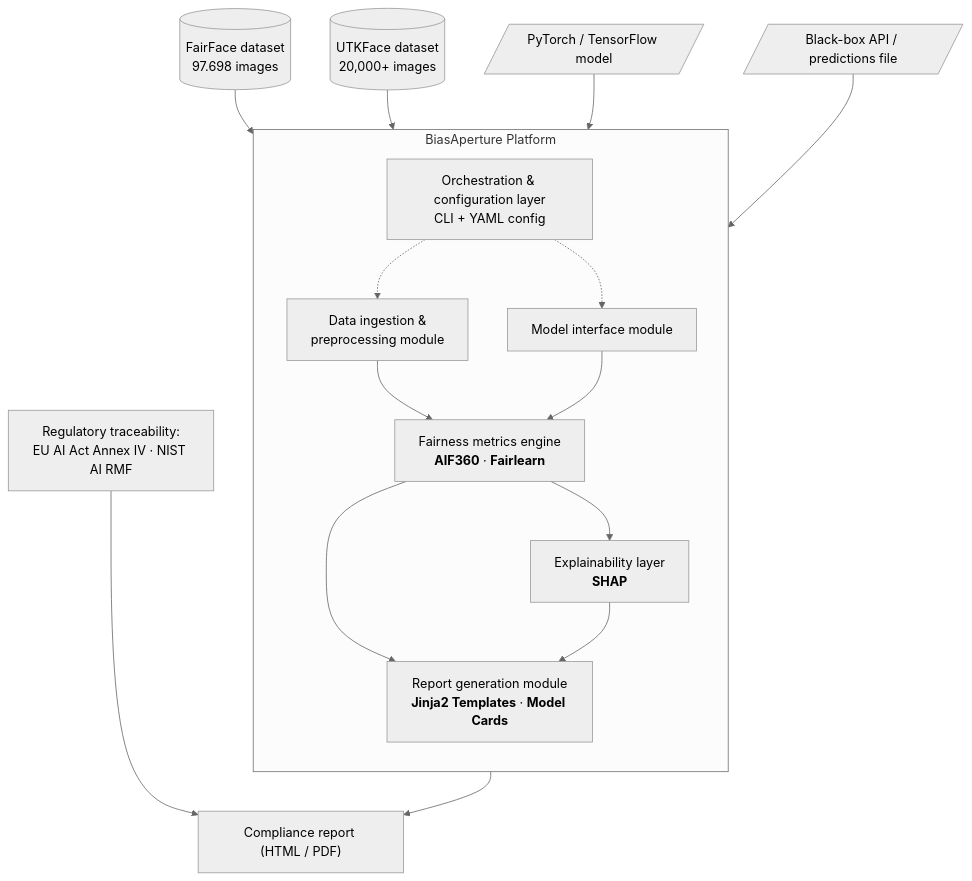
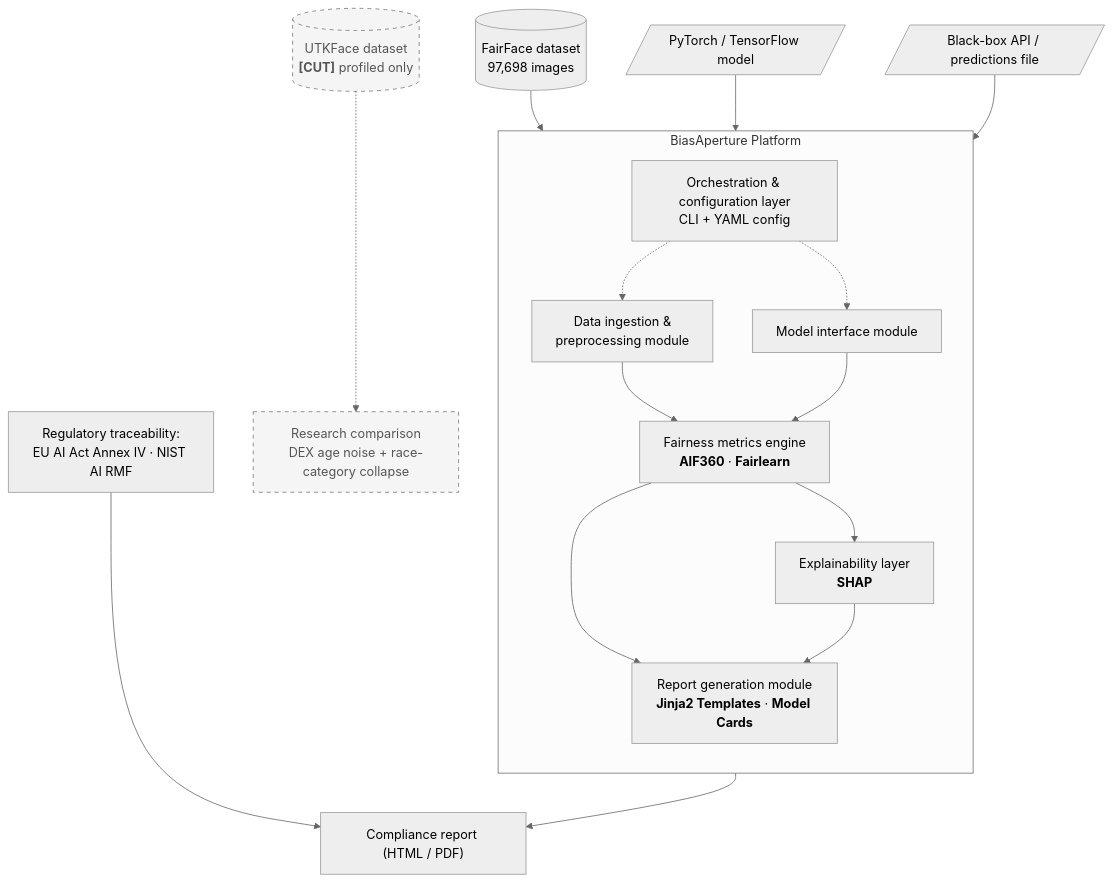
Before and after one commit to Aaradhya-Dev-Tamrakar/BiasAperture: the diagram in README.md, drawn with Mermaid (neutral theme). The commit also changed other lines of this file and 34 other files, not shown here.

````diff
--- a/README.md
+++ b/README.md
@@ -18,33 +18,37 @@
 ```mermaid
 flowchart TD
-    FF[("FairFace dataset<br/>97.698 images")]
-    UTK[("UTKFace dataset<br/>20,000+ images")]
+    FF[("FairFace dataset<br/>97,698 images")]
+    UTK[("UTKFace dataset<br/><b>[CUT]</b> profiled only")]
+    CUT["Research comparison<br/>DEX age noise + race-category collapse"]
     PT[/"PyTorch / TensorFlow model"/]
     BB[/"Black-box API / predictions file"/]
 
     subgraph BA["BiasAperture Platform"]
         direction TB
         ORCH["Orchestration & configuration layer<br/>CLI + YAML config"]
         ING["Data ingestion &<br/>preprocessing module"]
         MIF["Model interface module"]
         FME["Fairness metrics engine<br/><b>AIF360</b> · <b>Fairlearn</b>"]
         EXP["Explainability layer<br/><b>SHAP</b>"]
         REP["Report generation module<br/><b>Jinja2 Templates</b> · <b>Model Cards</b>"]
 
         ORCH -.-> ING
         ORCH -.-> MIF
         ING --> FME
         MIF --> FME
         FME --> EXP
         FME --> REP
         EXP --> REP
     end
 
     FF --> ING
-    UTK --> ING
+    UTK -.-> CUT
     PT --> MIF
     BB --> MIF
 
     REP --> COMP["Compliance report (HTML / PDF)"]
     REG["Regulatory traceability:<br/>EU AI Act Annex IV · NIST AI RMF"] --> COMP
+
+    classDef cut stroke-dasharray: 5 5, fill:#f5f5f5, stroke:#777, color:#555
+    class UTK,CUT cut
 ```
````
